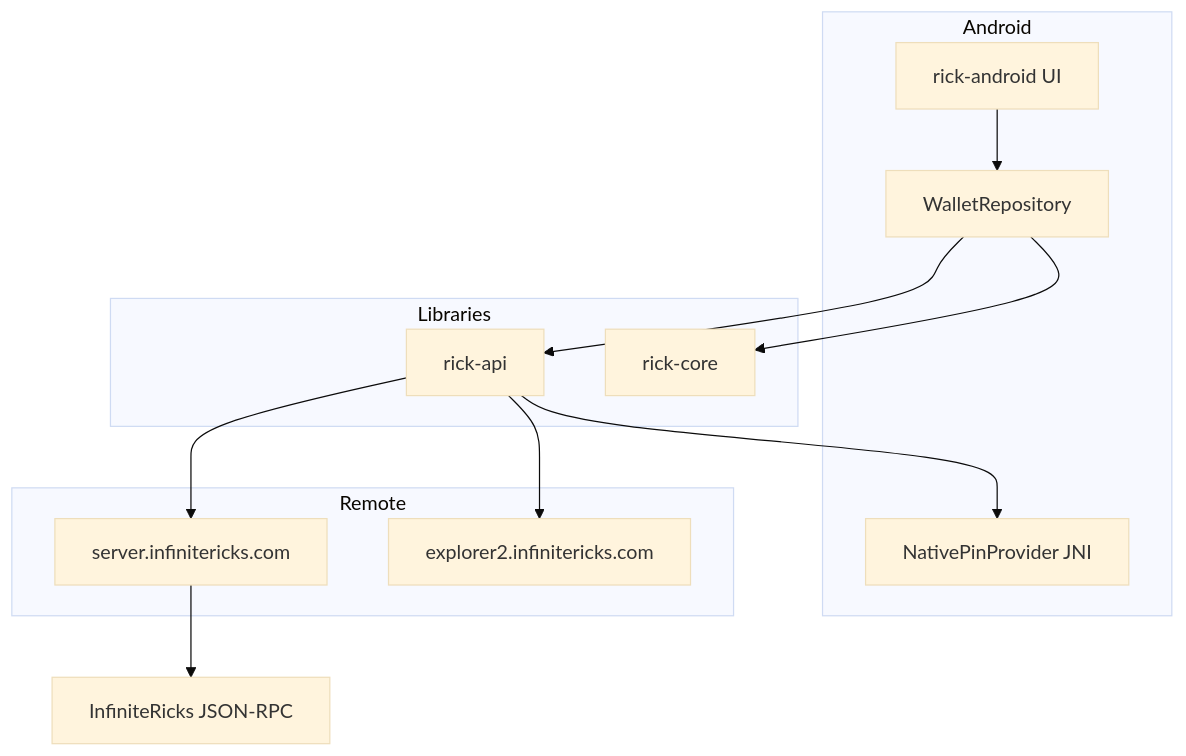
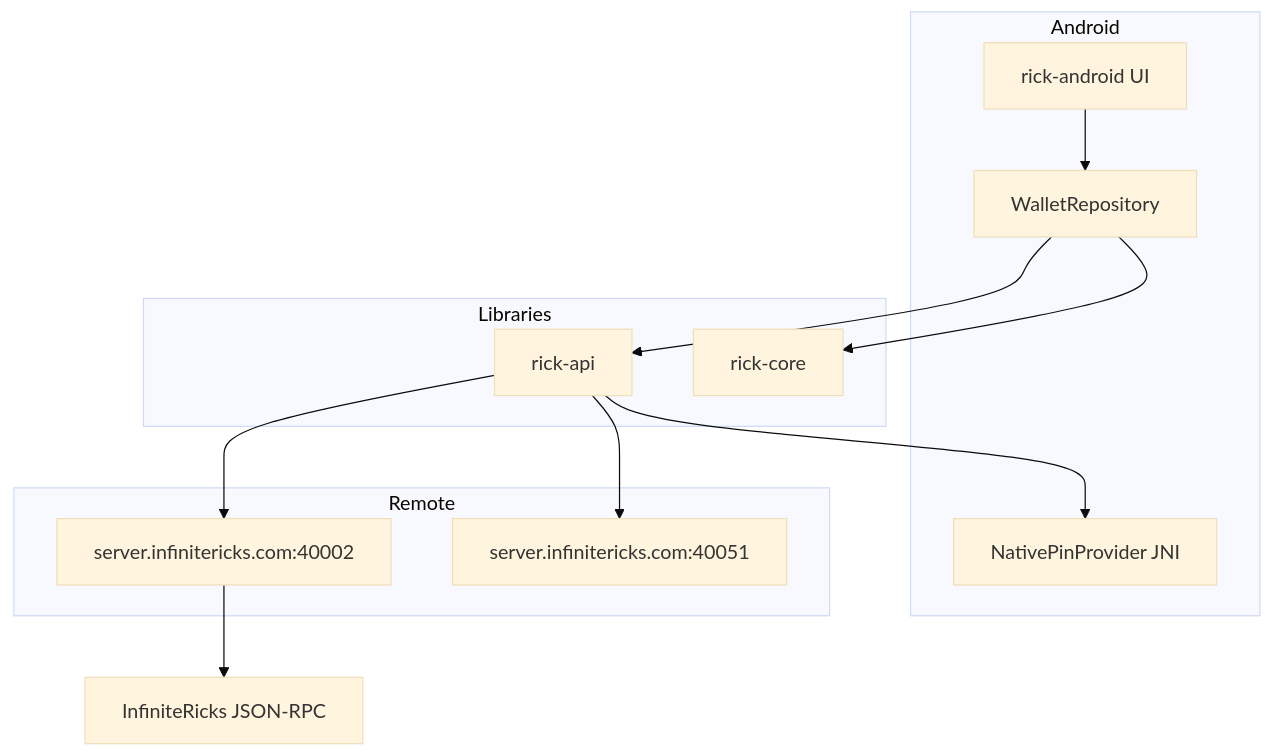
The diagram in docs/ARCHITECTURE.md (2x2devcode/InfiniteRicks-new), drawn with Mermaid (base theme) before and after one commit. The commit also changed other lines of this file and 13 other files, not shown here.

````diff
--- a/docs/ARCHITECTURE.md
+++ b/docs/ARCHITECTURE.md
@@ -5,26 +5,26 @@
 ```mermaid
 flowchart TB
     subgraph Android
         UI[rick-android UI]
         Repo[WalletRepository]
         Pin[NativePinProvider JNI]
     end
 
     subgraph Libraries
         API[rick-api]
         Core[rick-core]
     end
 
     subgraph Remote
-        Server[server.infinitericks.com]
-        Explorer[explorer2.infinitericks.com]
+        Server["server.infinitericks.com:40002"]
+        Explorer["server.infinitericks.com:40051"]
     end
 
   UI --> Repo
   Repo --> Core
   Repo --> API
   API --> Pin
   API --> Server
   API --> Explorer
   Server --> Daemon[InfiniteRicks JSON-RPC]
 ```
````
